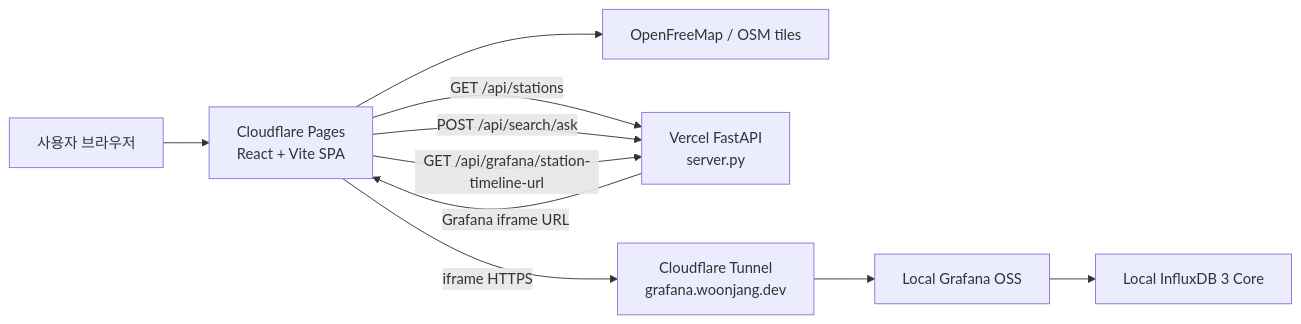
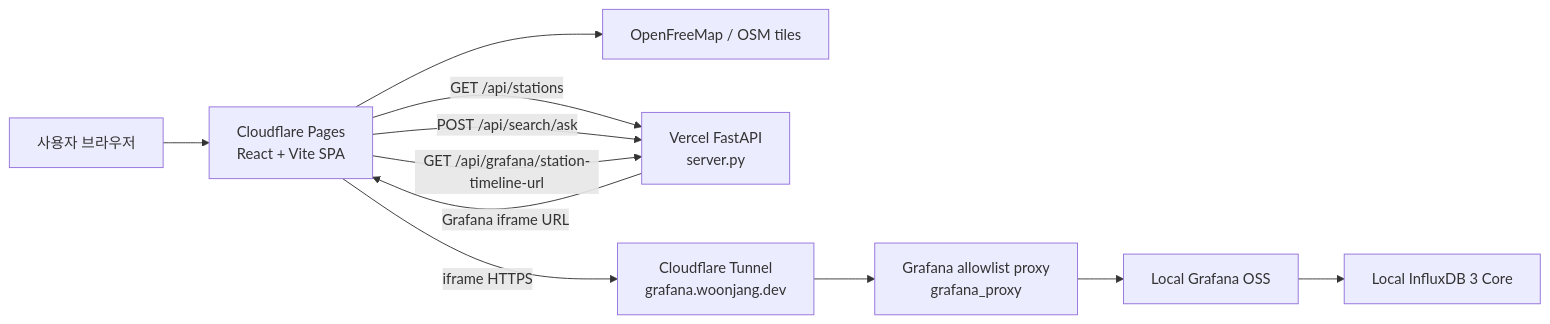
One commit to wkddns40/chargeflow-influxDB changed the first of 2 diagrams in README.md. Above: the diagram before and after it, drawn with Mermaid. The commit also changed other lines of this file, not shown here.

Commit message:
docs(readme): document grafana proxy flow

````diff
--- a/README.md
+++ b/README.md
@@ -105,12 +106,13 @@
 ```mermaid
 flowchart LR
     user["사용자 브라우저"] --> frontend["Cloudflare Pages<br/>React + Vite SPA"]
     frontend --> tiles["OpenFreeMap / OSM tiles"]
     frontend -->|GET /api/stations| api["Vercel FastAPI<br/>server.py"]
     frontend -->|POST /api/search/ask| api
     frontend -->|GET /api/grafana/station-timeline-url| api
     api -->|Grafana iframe URL| frontend
     frontend -->|iframe HTTPS| tunnel["Cloudflare Tunnel<br/>grafana.woonjang.dev"]
-    tunnel --> grafana["Local Grafana OSS"]
+    tunnel --> proxy["Grafana allowlist proxy<br/>grafana_proxy"]
+    proxy --> grafana["Local Grafana OSS"]
     grafana --> influx["Local InfluxDB 3 Core"]
 ```
````
